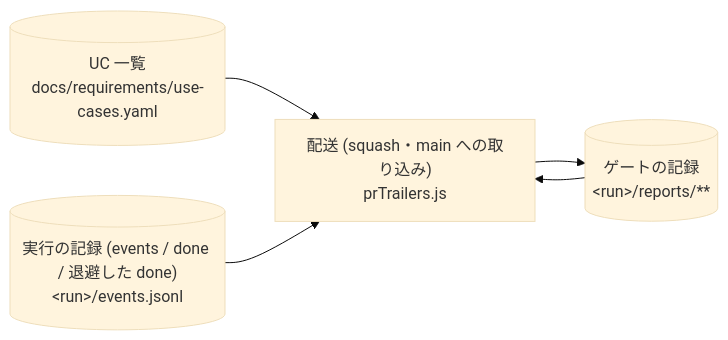
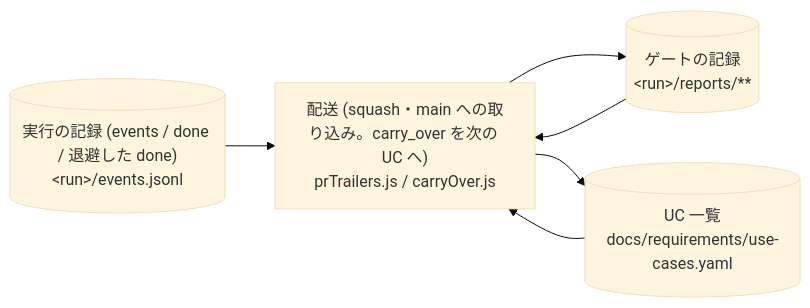
Diagram 46 of 47 in plugins/distillery2/skills/d2-common/references/dataflow.md (suwa-sh/suwa-sh-claude-plugins), drawn with Mermaid (base theme) before and after one commit. The commit also changed other lines of this file and 19 other files, not shown here.

````diff
--- a/plugins/distillery2/skills/d2-common/references/dataflow.md
+++ b/plugins/distillery2/skills/d2-common/references/dataflow.md
@@ -1100,11 +1103,12 @@
 ```mermaid
 flowchart LR
-  p_run_uc_deliver["配送 (squash・main への取り込み)<br/>prTrailers.js"]
+  p_run_uc_deliver["配送 (squash・main への取り込み。carry_over を次の UC へ)<br/>prTrailers.js / carryOver.js"]
   s_use_cases[("UC 一覧<br/>docs/requirements/use-cases.yaml")]
   s_reports[("ゲートの記録<br/>#lt;run#gt;/reports/**")]
   s_run_events[("実行の記録 (events / done / 退避した done)<br/>#lt;run#gt;/events.jsonl")]
   s_use_cases --> p_run_uc_deliver
   s_reports --> p_run_uc_deliver
   s_run_events --> p_run_uc_deliver
   p_run_uc_deliver --> s_reports
+  p_run_uc_deliver --> s_use_cases
 ```
````
